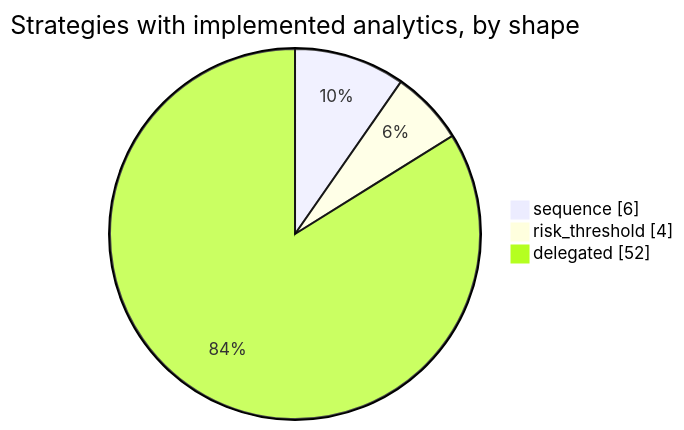
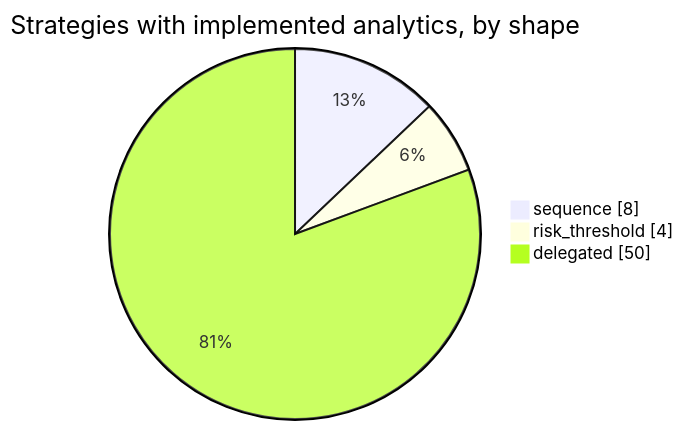
The second of 2 diagrams in docs/strategies/README.md (dev-nobytes-io/mitre-defensive-mappings-spl), drawn with Mermaid before and after one commit. The commit also changed other lines of this file and 13 other files, not shown here.

First line of the commit message:
Add sequences DET0364 (remote WMI) and DET0140 (run then delete)

````diff
--- a/docs/strategies/README.md
+++ b/docs/strategies/README.md
@@ -19,7 +19,7 @@
 ```mermaid
 pie showData
     title Strategies with implemented analytics, by shape
-    "sequence" : 6
+    "sequence" : 8
     "risk_threshold" : 4
-    "delegated" : 52
+    "delegated" : 50
 ```
````
